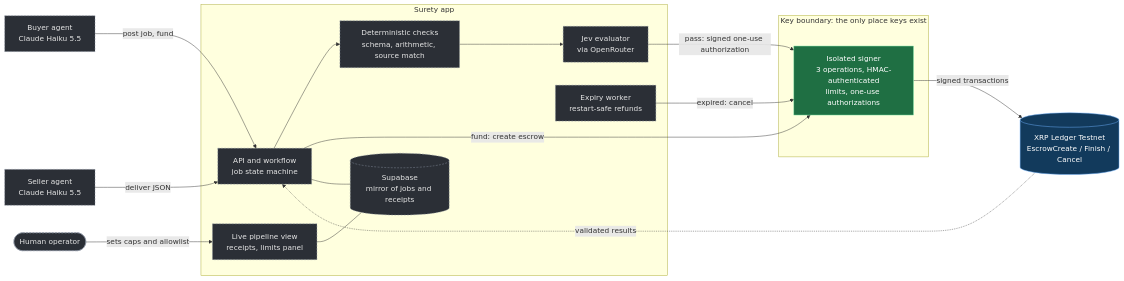
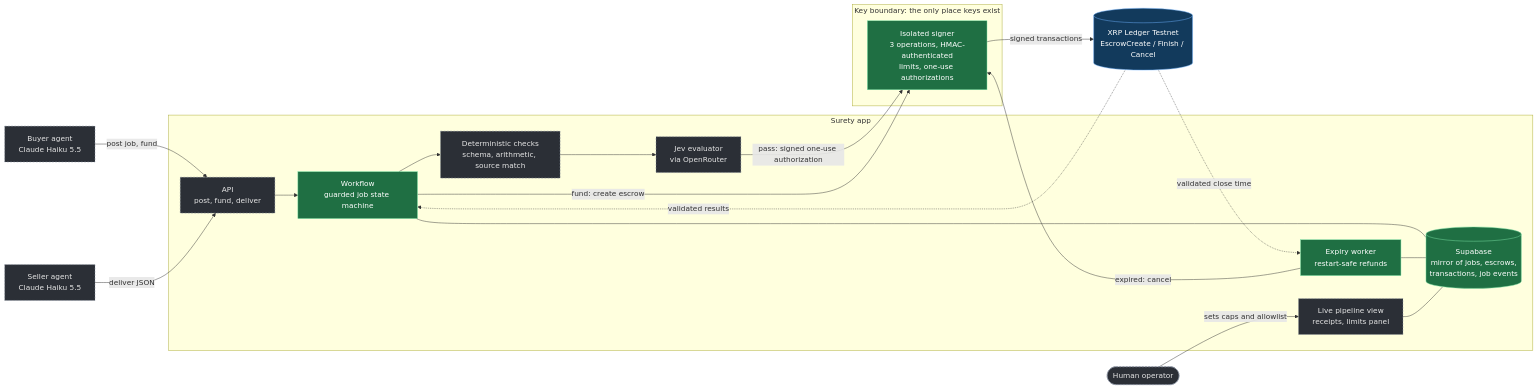
The first of 2 diagrams in docs/architecture.md (Marko-AI-Dev/surety), drawn with Mermaid before and after one commit. The commit also changed other lines of this file and 5 other files, not shown here.

First line of the commit message:
feat: testnet evidence of restart-safe refunds

````diff
--- a/docs/architecture.md
+++ b/docs/architecture.md
@@ -5,37 +5,41 @@
 ```mermaid
 flowchart LR
   classDef built fill:#1f6f43,stroke:#7be3a6,color:#fff
   classDef planned fill:#2b2f36,stroke:#8a93a3,color:#e6e6e6,stroke-dasharray: 4 3
   classDef ledger fill:#123a5c,stroke:#6fb3ff,color:#fff
 
   Operator([Human operator]):::planned
   Buyer[Buyer agent<br/>Claude Haiku 5.5]:::planned
   Seller[Seller agent<br/>Claude Haiku 5.5]:::planned
 
   subgraph App[Surety app]
-    API[API and workflow<br/>job state machine]:::planned
+    API[API<br/>post, fund, deliver]:::planned
+    Workflow[Workflow<br/>guarded job state machine]:::built
     Rules[Deterministic checks<br/>schema, arithmetic, source match]:::planned
     Jev[Jev evaluator<br/>via OpenRouter]:::planned
-    Worker[Expiry worker<br/>restart-safe refunds]:::planned
-    DB[(Supabase<br/>mirror of jobs and receipts)]:::planned
+    Worker[Expiry worker<br/>restart-safe refunds]:::built
+    DB[(Supabase<br/>mirror of jobs, escrows,<br/>transactions, job events)]:::built
     UI[Live pipeline view<br/>receipts, limits panel]:::planned
   end
 
   subgraph KeyBoundary[Key boundary: the only place keys exist]
     Signer[Isolated signer<br/>3 operations, HMAC-authenticated<br/>limits, one-use authorizations]:::built
   end
 
   XRPL[(XRP Ledger Testnet<br/>EscrowCreate / Finish / Cancel)]:::ledger
 
   Operator -->|sets caps and allowlist| UI
   Buyer -->|post job, fund| API
   Seller -->|deliver JSON| API
-  API --> Rules --> Jev
+  API --> Workflow
+  Workflow --> Rules --> Jev
   Jev -->|pass: signed one-use authorization| Signer
   Worker -->|expired: cancel| Signer
-  API -->|fund: create escrow| Signer
+  Workflow -->|fund: create escrow| Signer
   Signer -->|signed transactions| XRPL
-  API --- DB
+  Workflow --- DB
+  Worker --- DB
   UI --- DB
-  XRPL -.->|validated results| API
+  XRPL -.->|validated results| Workflow
+  XRPL -.->|validated close time| Worker
 ```
````
